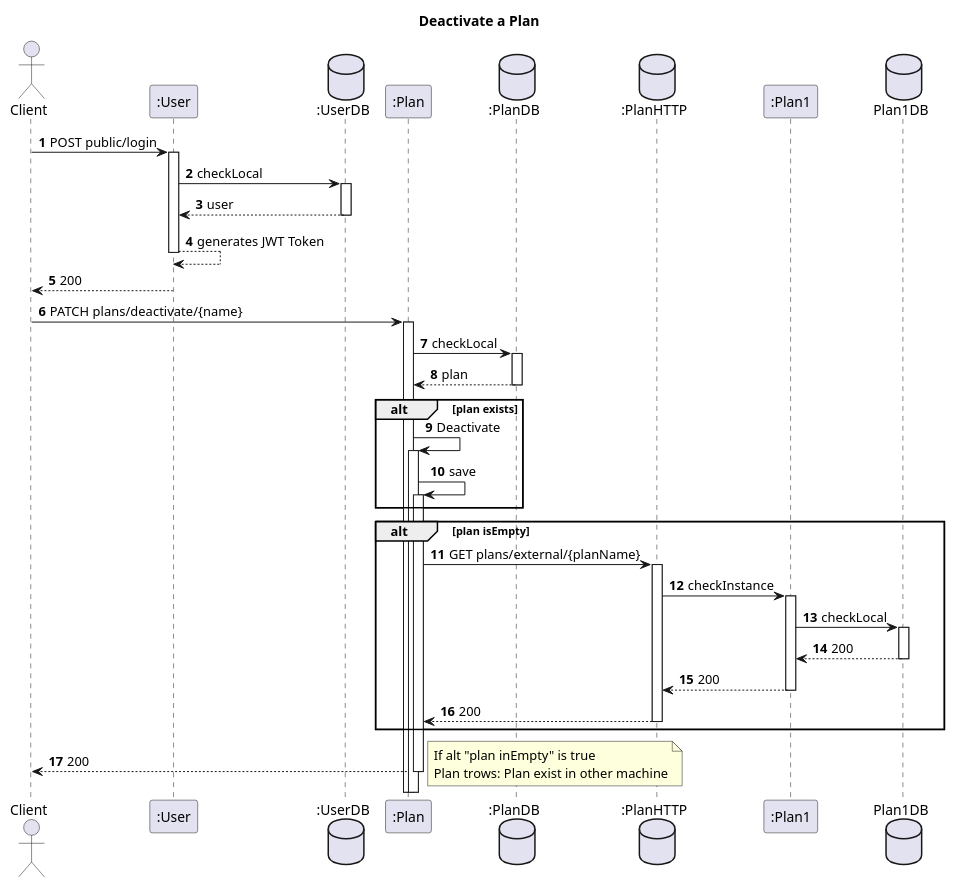
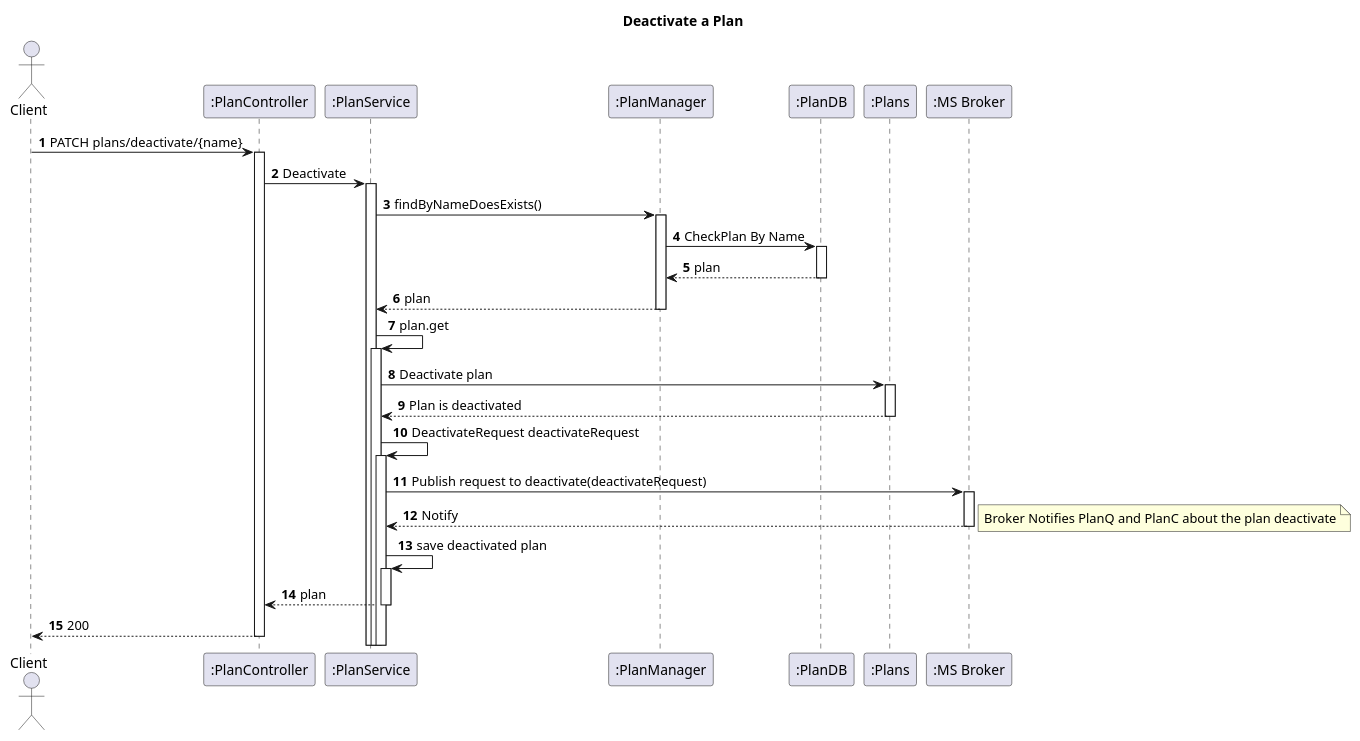
The diagram in docs_sidis/Segunda_Avalição/Plans/Vista_Logica/N3/UserPlanInteractionDeactivate.puml (IsepMartimOliveira/SIDIS), drawn with PlantUML before and after one commit. The commit also changed 6 other files, not shown here.

```diff
--- a/docs_sidis/Segunda_Avalição/Plans/Vista_Logica/N3/UserPlanInteractionDeactivate.puml
+++ b/docs_sidis/Segunda_Avalição/Plans/Vista_Logica/N3/UserPlanInteractionDeactivate.puml
@@ -1,54 +1,49 @@
 @startuml
 'https://plantuml.com/sequence-diagram
 autoactivate on
 autonumber
 title  Deactivate a Plan
 
 autonumber
-
 actor "Client" as Ac
-participant ":User" as User
-database ":UserDB" as Udb
-
-participant ":Plan" as Plan
-database ":PlanDB" as PDB
-database ":PlanHTTP" as PHTTP
-participant ":Plan1" as Plan1
-database "Plan1DB" as PDB1
+participant ":PlanController" as PlanController
+participant ":PlanService" as PService
+participant ":PlanManager" as PManager
+participant ":PlanDB" as PDB
+participant ":Plans" as Plan
+participant ":MS Broker" as Broker
 
 
-Ac->User: POST public/login
-User->Udb:checkLocal
-Udb-->User:user
-User-->User:generates JWT Token
-User-->Ac:200
-Ac->Plan:PATCH plans/deactivate/{name}
-Plan->PDB:checkLocal
-PDB-->Plan:plan
-alt plan exists
-Plan->Plan:Deactivate
-Plan->Plan:save
 
-end
 
-alt plan isEmpty
-Plan->PHTTP:GET plans/external/{planName}
-PHTTP->Plan1:checkInstance
-Plan1->PDB1:checkLocal
 
-PDB1-->Plan1:200
-deactivate PDB1
 
-Plan1-->PHTTP:200
-PHTTP-->Plan:200
-end
 
-Plan-->Ac:200
+Ac->PlanController:PATCH plans/deactivate/{name}
+PlanController->PService:Deactivate
+
+PService->PManager:findByNameDoesExists()
+PManager->PDB:CheckPlan By Name
+PDB-->PManager:plan
+PManager-->PService:plan
+PService->PService:plan.get
+PService->Plan:Deactivate plan
+Plan-->PService:Plan is deactivated
+PService->PService:DeactivateRequest deactivateRequest
+PService->Broker:Publish request to deactivate(deactivateRequest)
+Broker-->PService:Notify
 note right
-If alt "plan inEmpty" is true
-Plan trows: Plan exist in other machine
+Broker Notifies PlanQ and PlanC about the plan deactivate
 end note
+PService->PService:save deactivated plan
+
+PService-->PlanController:plan
+PlanController-->Ac:200
+
+
+
+
 
 
 
 @enduml
```
